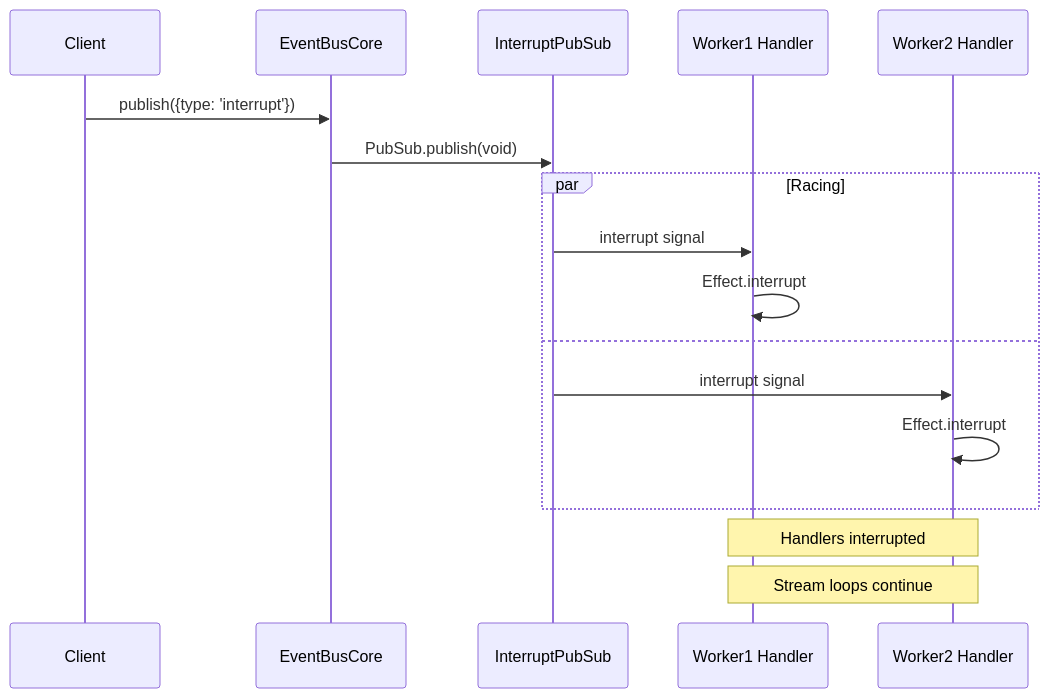
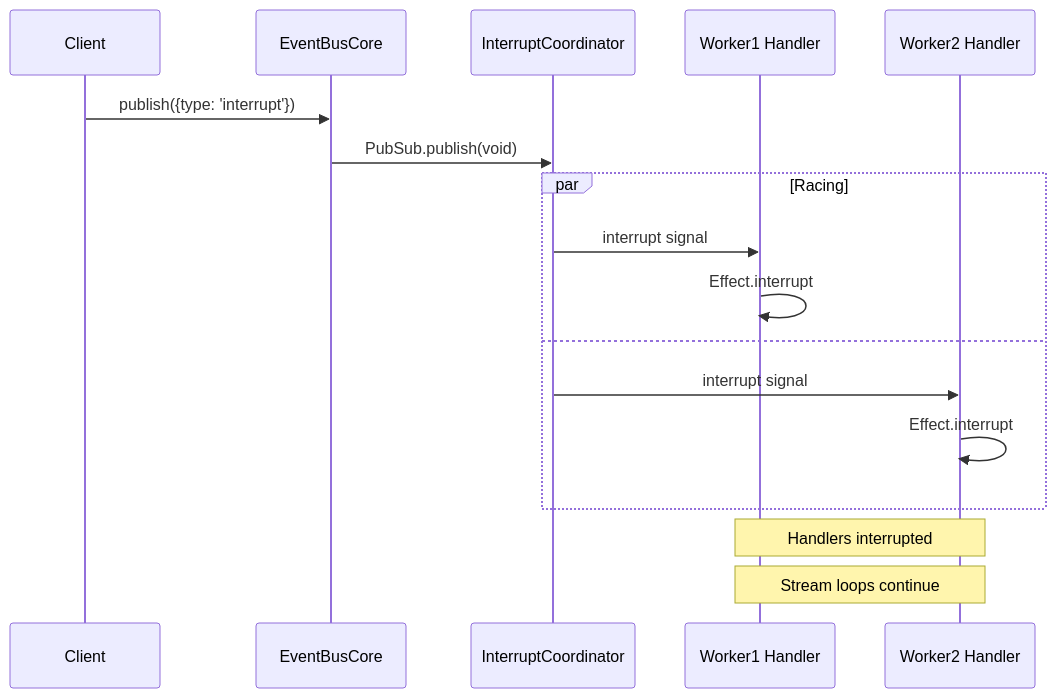
Before and after one commit to magnitudedev/magnitude: diagram 22 of 23 in packages/event-core/ARCHITECTURE.md, drawn with Mermaid. The commit also changed other lines of this file and 15 other files, not shown here.

````diff
--- a/packages/event-core/ARCHITECTURE.md
+++ b/packages/event-core/ARCHITECTURE.md
@@ -1063,22 +1063,22 @@
 ```mermaid
 sequenceDiagram
     participant C as Client
     participant EBC as EventBusCore
-    participant IPS as InterruptPubSub
+    participant IPS as InterruptCoordinator
     participant W1 as Worker1 Handler
     participant W2 as Worker2 Handler
 
     C->>EBC: publish({type: 'interrupt'})
     EBC->>IPS: PubSub.publish(void)
 
     par Racing
         IPS->>W1: interrupt signal
         W1->>W1: Effect.interrupt
     and
         IPS->>W2: interrupt signal
         W2->>W2: Effect.interrupt
     end
 
     Note over W1,W2: Handlers interrupted
     Note over W1,W2: Stream loops continue
 ```
````
